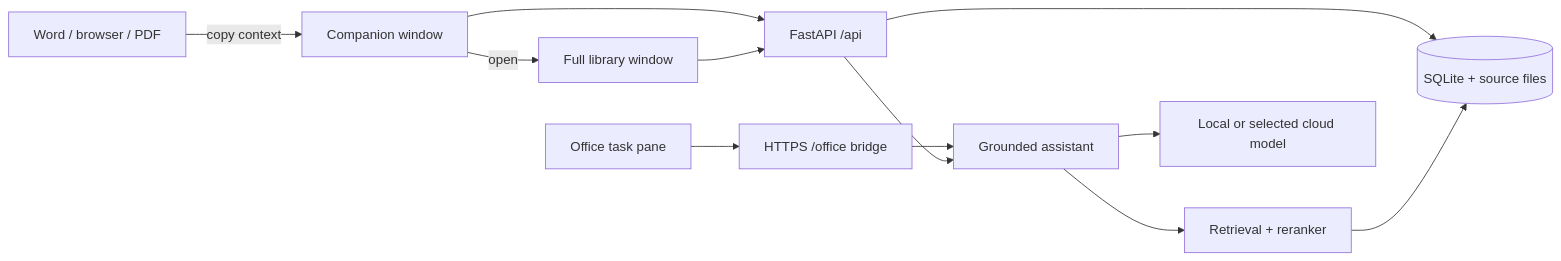
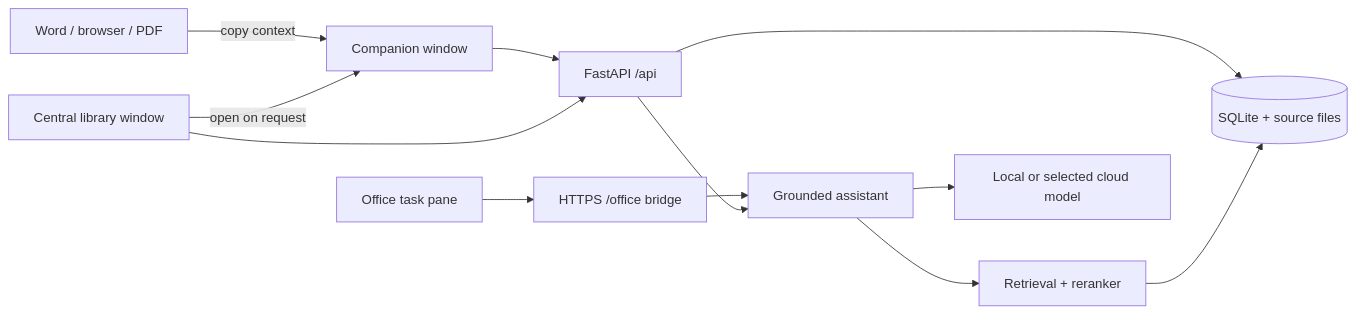
Before and after one commit to RileyK05/Stacks: the diagram in docs/system.md, drawn with Mermaid. The commit also changed other lines of this file and 18 other files, not shown here.

````diff
--- a/docs/system.md
+++ b/docs/system.md
@@ -25,14 +24,14 @@
 ```mermaid
 flowchart LR
     APP["Word / browser / PDF"] -->|copy context| COMP["Companion window"]
-    COMP -->|open| LIB["Full library window"]
+    LIB["Central library window"] -->|open on request| COMP
     COMP --> API["FastAPI /api"]
     LIB --> API
     OFFICE["Office task pane"] --> BRIDGE["HTTPS /office bridge"]
     BRIDGE --> TUTOR["Grounded assistant"]
     API --> TUTOR
     API --> DB[("SQLite + source files")]
     TUTOR --> RET["Retrieval + reranker"]
     RET --> DB
     TUTOR --> MODEL["Local or selected cloud model"]
 ```
````
